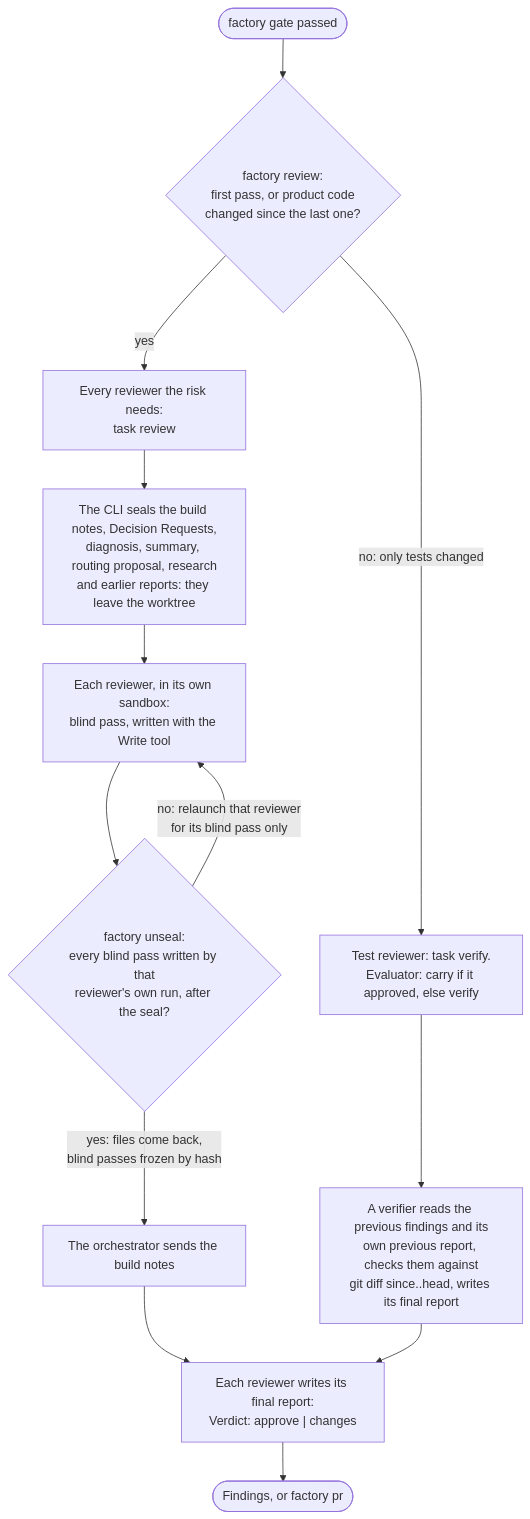
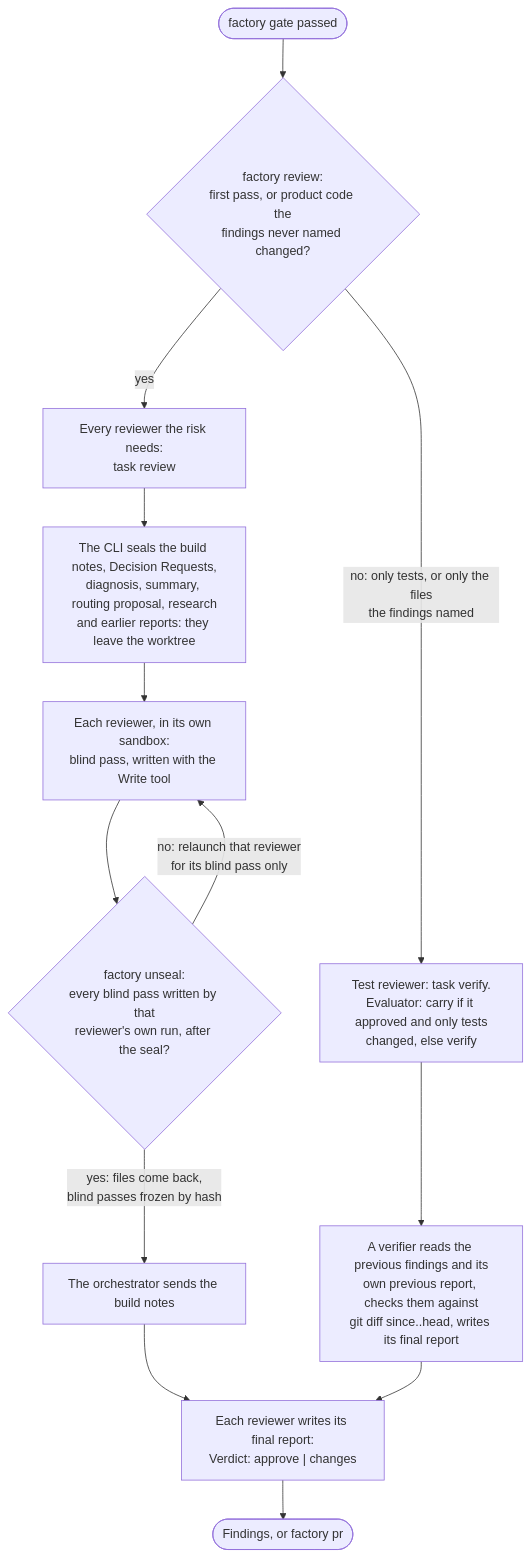
Before and after one commit to moralesbang/wandr: the diagram in factory/docs/isolation.md, drawn with Mermaid. The commit also changed other lines of this file and 50 other files, not shown here.

First line of the commit message:
feat(factory): v1.7 freeze the factory under a job, ask the user through the orchestrator, review in proportion

````diff
--- a/factory/docs/isolation.md
+++ b/factory/docs/isolation.md
@@ -27,16 +27,16 @@
 ```mermaid
 flowchart TD
-    gate(["factory gate passed"]) --> plan{"factory review:<br/>first pass, or product code<br/>changed since the last one?"}
+    gate(["factory gate passed"]) --> plan{"factory review:<br/>first pass, or product code the<br/>findings never named changed?"}
     plan -->|"yes"| full["Every reviewer the risk needs:<br/>task review"]
-    plan -->|"no: only tests changed"| light["Test reviewer: task verify.<br/>Evaluator: carry if it approved, else verify"]
+    plan -->|"no: only tests, or only the files<br/>the findings named"| light["Test reviewer: task verify.<br/>Evaluator: carry if it approved and only tests<br/>changed, else verify"]
 
     full --> seal["The CLI seals the build notes, Decision Requests,<br/>diagnosis, summary, routing proposal, research<br/>and earlier reports: they leave the worktree"]
     seal --> blind["Each reviewer, in its own sandbox:<br/>blind pass, written with the Write tool"]
     light --> verify["A verifier reads the previous findings and its<br/>own previous report, checks them against<br/>git diff since..head, writes its final report"]
     blind --> unseal{"factory unseal:<br/>every blind pass written by that<br/>reviewer's own run, after the seal?"}
     unseal -->|"no: relaunch that reviewer<br/>for its blind pass only"| blind
     unseal -->|"yes: files come back,<br/>blind passes frozen by hash"| notes["The orchestrator sends the build notes"]
     notes --> final["Each reviewer writes its final report:<br/>Verdict: approve | changes"]
     verify --> final
     final --> done(["Findings, or factory pr"])
 ```
````
